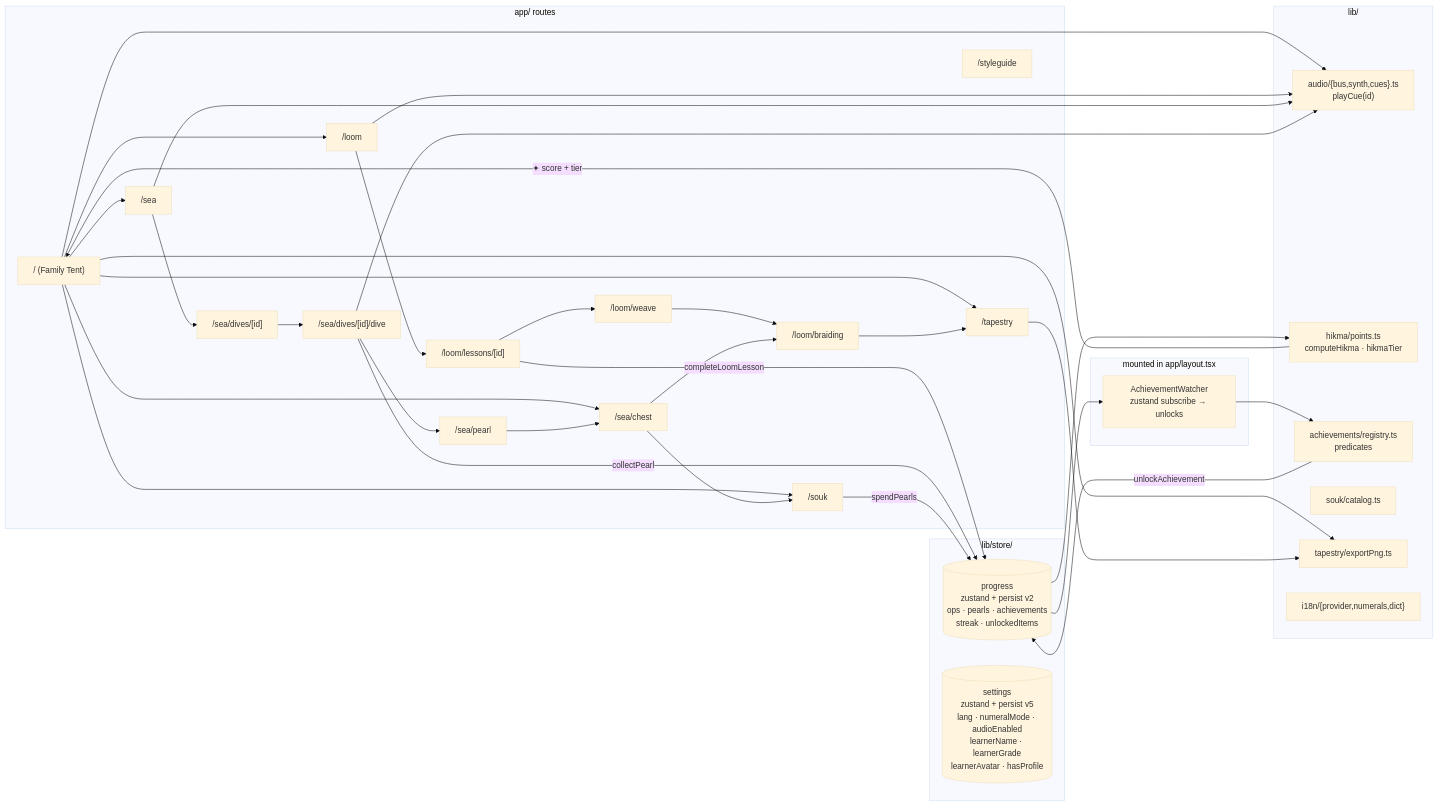
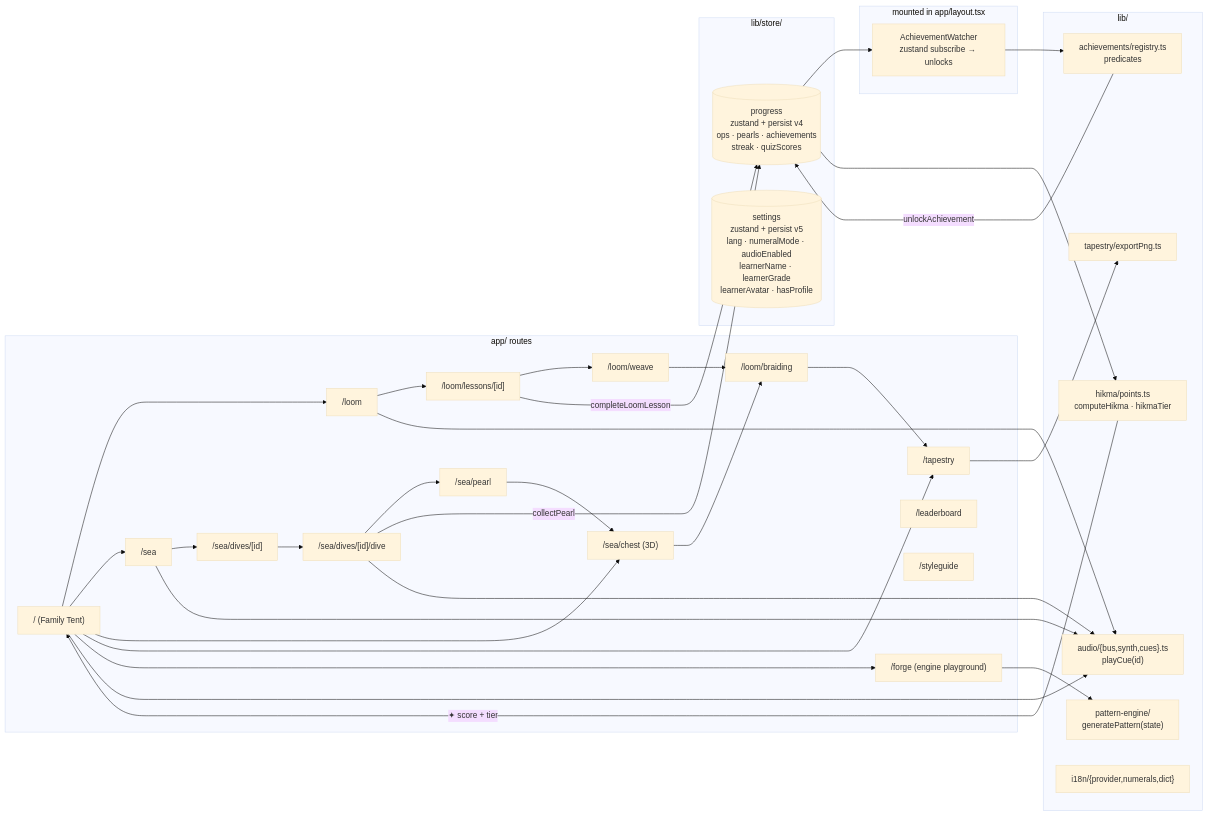
One commit to Onesignature/pearl-and-loom changed the diagram in README.md. Above: the diagram before and after it, drawn with Mermaid (base theme). The commit also changed other lines of this file and 24 other files, not shown here.

````diff
--- a/README.md
+++ b/README.md
@@ -236,52 +248,53 @@
 ```mermaid
 flowchart LR
     subgraph routes["app/ routes"]
         home["/ (Family Tent)"]
         loomHub["/loom"]
         loomLesson["/loom/lessons/[id]"]
         weave["/loom/weave"]
         braiding["/loom/braiding"]
         seaHub["/sea"]
         preDive["/sea/dives/[id]"]
         dive["/sea/dives/[id]/dive"]
         pearl["/sea/pearl"]
-        chest["/sea/chest"]
-        souk["/souk"]
+        chest["/sea/chest (3D)"]
+        forge["/forge (engine playground)"]
         tapestry["/tapestry"]
+        leaderboard["/leaderboard"]
         styleguide["/styleguide"]
     end
 
     subgraph stores["lib/store/"]
-        progress[("progress<br/>zustand + persist v2<br/>ops · pearls · achievements<br/>streak · unlockedItems")]
+        progress[("progress<br/>zustand + persist v4<br/>ops · pearls · achievements<br/>streak · quizScores")]
         settings[("settings<br/>zustand + persist v5<br/>lang · numeralMode · audioEnabled<br/>learnerName · learnerGrade<br/>learnerAvatar · hasProfile")]
     end
 
     subgraph services["lib/"]
         audio["audio/{bus,synth,cues}.ts<br/>playCue(id)"]
+        engine["pattern-engine/<br/>generatePattern(state)"]
         hikma["hikma/points.ts<br/>computeHikma · hikmaTier"]
         achievements["achievements/registry.ts<br/>predicates"]
-        souk_cat["souk/catalog.ts"]
         export["tapestry/exportPng.ts"]
         i18n["i18n/{provider,numerals,dict}"]
     end
 
     subgraph watchers["mounted in app/layout.tsx"]
         watch["AchievementWatcher<br/>zustand subscribe → unlocks"]
     end
 
-    home --> loomHub & seaHub & souk & chest & tapestry
+    home --> loomHub & seaHub & chest & tapestry & forge
     loomHub --> loomLesson --> weave --> braiding
     seaHub --> preDive --> dive --> pearl --> chest
-    chest --> braiding & souk
+    chest --> braiding
     braiding --> tapestry
+    forge --> engine
+    tapestry --> export
 
     loomLesson -- completeLoomLesson --> progress
     dive -- collectPearl --> progress
-    souk -- spendPearls --> progress
     progress --> watch --> achievements
     achievements -- unlockAchievement --> progress
     progress --> hikma
     hikma -- "✦ score + tier" --> home
     home & loomHub & seaHub & dive --> audio
-    home & tapestry --> export
 ```
````
